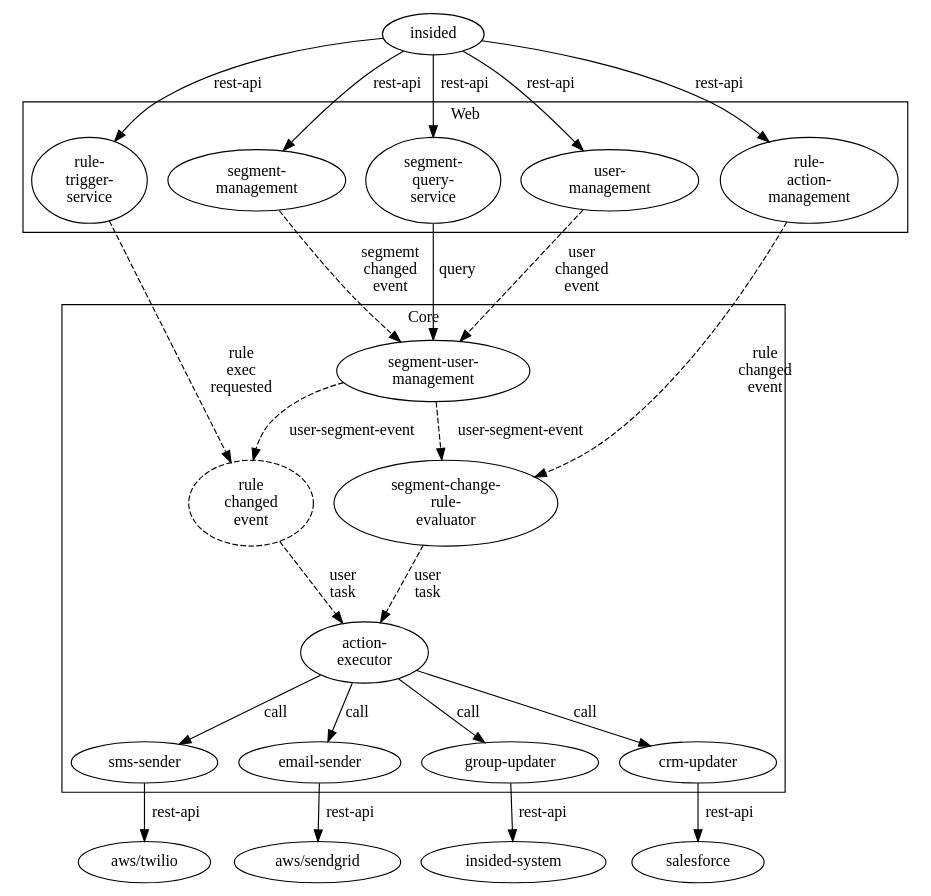
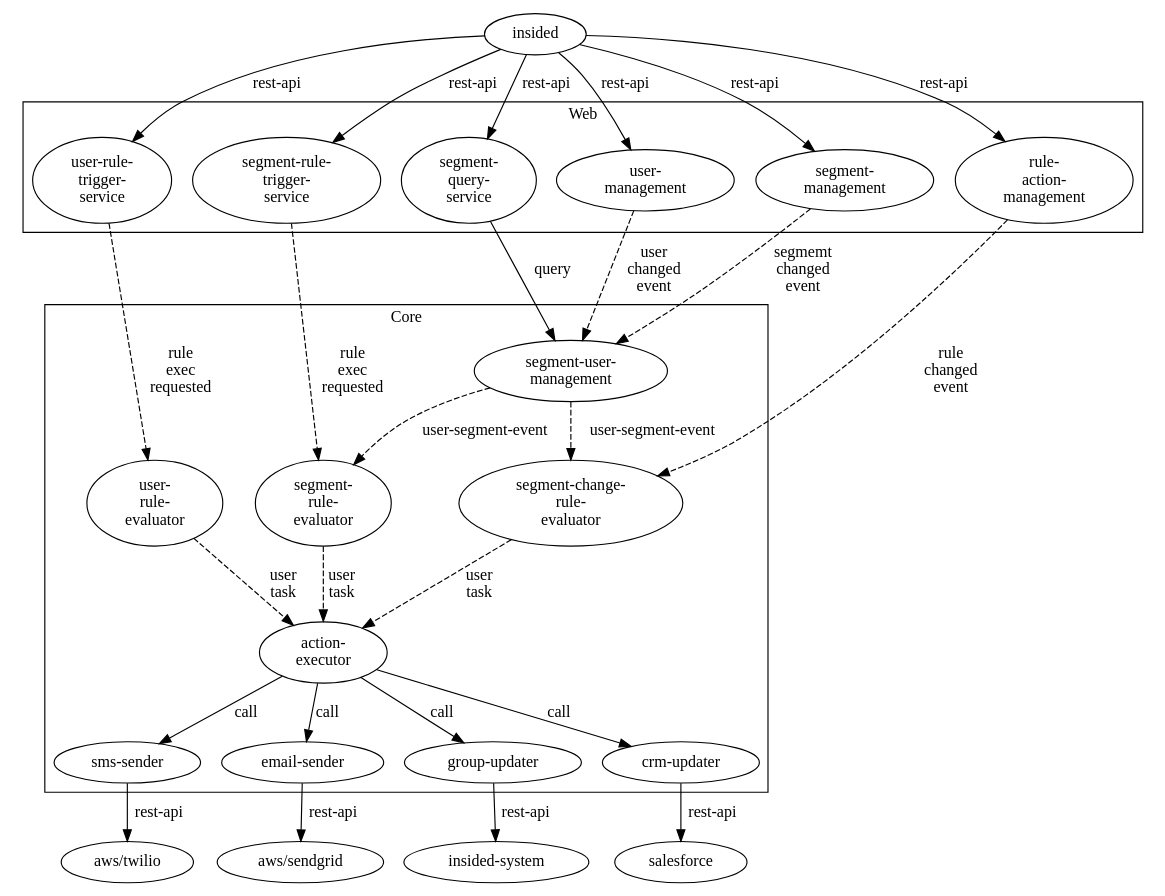
Before and after one commit to MarcGrol/userautomation: the diagram in doc/architecture.dot, drawn with Graphviz. The commit also changed 1 other file, not shown here.

```diff
--- a/doc/architecture.dot
+++ b/doc/architecture.dot
@@ -1,65 +1,69 @@
-digraph G {
+    digraph G {
 
-  rankdir="TD"
+      rankdir="TD"
 
-  subgraph cluster_Web {
-      label = "Web"
-      "rule-\ntrigger-\nservice"
-      "rule-\naction-\nmanagement"
-      "user-\nmanagement"
-      "segment-\nmanagement"
-      "segment-\nquery-\nservice"
-}
+      subgraph cluster_Web {
+          label = "Web"
+          "segment-rule-\ntrigger-\nservice"
+          "user-rule-\ntrigger-\nservice"
+          "rule-\naction-\nmanagement"
+          "user-\nmanagement"
+          "segment-\nmanagement"
+          "segment-\nquery-\nservice"
+    }
 
- subgraph cluster_Core {
-      label = "Core"
-      "ondemand-\nrule-\nevaluator"
-      "segment-user-\nmanagement"
-      "segment-change-\nrule-\nevaluator"
-      "action-\nexecutor"
-      "sms-sender"
-      "email-sender"
-      "group-updater"
-      "crm-updater"
-  }
+     subgraph cluster_Core {
+          label = "Core"
+         "segment-\nrule-\nevaluator"
+          "user-\nrule-\nevaluator"
+          "segment-user-\nmanagement"
+          "segment-change-\nrule-\nevaluator"
+          "action-\nexecutor"
+          "sms-sender"
+          "email-sender"
+          "group-updater"
+          "crm-updater"
+      }
 
-  // subgraph cluster_External {
-       //label = "External systems"
-        "aws/sendgrid"
-        "aws/twilio"
-        "insided-system"
-        "salesforce"
-   // }
+      // subgraph cluster_External {
+           //label = "External systems"
+            "aws/sendgrid"
+            "aws/twilio"
+            "insided-system"
+            "salesforce"
+       // }
 
-  insided -> "rule-\ntrigger-\nservice" [label="rest-api"]
-  insided -> "rule-\naction-\nmanagement" [label="rest-api"]
-  insided -> "user-\nmanagement" [label="rest-api"]
-  insided -> "segment-\nmanagement" [label="rest-api"]
-  insided -> "segment-\nquery-\nservice" [label="rest-api"]
+      insided -> "segment-rule-\ntrigger-\nservice" [label="rest-api"]
+      insided -> "user-rule-\ntrigger-\nservice" [label="rest-api"]
+      insided -> "rule-\naction-\nmanagement" [label="rest-api"]
+      insided -> "user-\nmanagement" [label="rest-api"]
+      insided -> "segment-\nmanagement" [label="rest-api"]
+      insided -> "segment-\nquery-\nservice" [label="rest-api"]
 
-   "rule-\ntrigger-\nservice" -> "ondemand-\nrule-\nevaluator" [style=dashed, label="rule\nexec\nrequested"]
-  "segment-\nmanagement" -> "segment-user-\nmanagement" [style=dashed, label="segmemt\nchanged\nevent"]
-  "segment-\nquery-\nservice" -> "segment-user-\nmanagement" [label=query]
+      "segment-rule-\ntrigger-\nservice" -> "segment-\nrule-\nevaluator" [style=dashed, label="rule\nexec\nrequested"]
+      "user-rule-\ntrigger-\nservice" -> "user-\nrule-\nevaluator" [style=dashed, label="rule\nexec\nrequested"]
+      "segment-\nmanagement" -> "segment-user-\nmanagement" [style=dashed, label="segmemt\nchanged\nevent"]
+      "segment-\nquery-\nservice" -> "segment-user-\nmanagement" [label=query]
 
-  "ondemand-\nrule-\nevaluator" [style=dashed, label="rule\nchanged\nevent"]
 
-  "user-\nmanagement" -> "segment-user-\nmanagement" [style=dashed, label="user\nchanged\nevent"]
-  "segment-user-\nmanagement" -> "ondemand-\nrule-\nevaluator" [style=dashed, label="user-segment-event"]
+      "user-\nmanagement" -> "segment-user-\nmanagement" [style=dashed, label="user\nchanged\nevent"]
+      "segment-user-\nmanagement" -> "segment-\nrule-\nevaluator" [style=dashed, label="user-segment-event"]
 
-  "segment-user-\nmanagement" -> "segment-change-\nrule-\nevaluator"  [style=dashed, label="user-segment-event"]
-  "rule-\naction-\nmanagement" -> "segment-change-\nrule-\nevaluator" [style=dashed, label="rule\nchanged\nevent"]
-  "segment-change-\nrule-\nevaluator" -> "action-\nexecutor" [style=dashed, label="user\ntask"]
+      "segment-user-\nmanagement" -> "segment-change-\nrule-\nevaluator"  [style=dashed, label="user-segment-event"]
+      "rule-\naction-\nmanagement" -> "segment-change-\nrule-\nevaluator" [style=dashed, label="rule\nchanged\nevent"]
+      "segment-change-\nrule-\nevaluator" -> "action-\nexecutor" [style=dashed, label="user\ntask"]
+      "user-\nrule-\nevaluator" -> "action-\nexecutor" [style=dashed, label="user\ntask"]
 
-  "ondemand-\nrule-\nevaluator" -> "action-\nexecutor" [style=dashed, label="user\ntask"]
+      "segment-\nrule-\nevaluator" -> "action-\nexecutor" [style=dashed, label="user\ntask"]
 
-  "action-\nexecutor" -> "sms-sender" [label=call]
-  "action-\nexecutor" -> "email-sender" [label=call]
-  "action-\nexecutor" -> "group-updater" [label=call]
-  "action-\nexecutor" -> "crm-updater" [label=call]
+      "action-\nexecutor" -> "sms-sender" [label=call]
+      "action-\nexecutor" -> "email-sender" [label=call]
+      "action-\nexecutor" -> "group-updater" [label=call]
+      "action-\nexecutor" -> "crm-updater" [label=call]
 
-  "email-sender" -> "aws/sendgrid" [label="rest-api"]
-  "sms-sender" -> "aws/twilio" [label="rest-api"]
-  "group-updater" -> "insided-system" [label="rest-api"]
-  "crm-updater" -> "salesforce" [label="rest-api"]
+      "email-sender" -> "aws/sendgrid" [label="rest-api"]
+      "sms-sender" -> "aws/twilio" [label="rest-api"]
+      "group-updater" -> "insided-system" [label="rest-api"]
+      "crm-updater" -> "salesforce" [label="rest-api"]
 
-}
+    }
```
